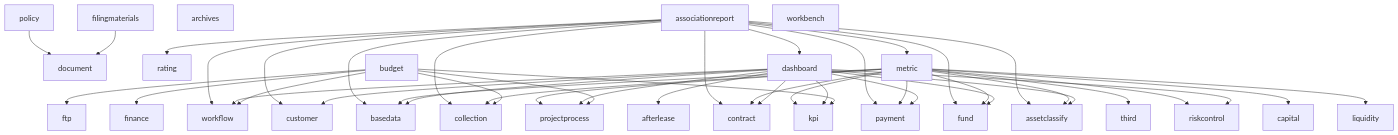
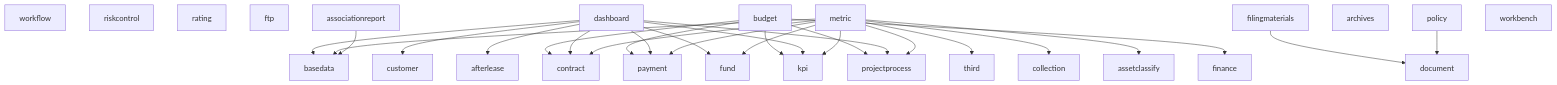
The sixth of 7 diagrams in README.md (caochun/zswl-mithras), drawn with Mermaid before and after one commit. The commit also changed other lines of this file and 1417 other files, not shown here.

````diff
--- a/README.md
+++ b/README.md
@@ -426,73 +395,56 @@
 ```mermaid
 flowchart TD
     document[document]
     workflow[workflow]
     basedata[basedata]
     customer[customer]
     project[projectprocess]
     contract[contract]
     payment[payment]
     collection[collection]
     fund[fund]
     asset[assetclassify]
     risk[riskcontrol]
     rating[rating]
     ftp[ftp]
     finance[finance]
     kpi[kpi]
     dashboard[dashboard]
     metric[metric]
     budget[budget]
     association[associationreport]
     filing[filingmaterials]
     archives[archives]
     policy[policy]
     workbench[workbench]
 
     filing --> document
     policy --> document
 
     budget --> project
-    budget --> ftp
     budget --> kpi
     budget --> finance
-    budget --> collection
-    budget --> workflow
+    budget --> contract
+    budget --> payment
 
     dashboard --> basedata
     dashboard --> customer
-    dashboard --> risk
-    dashboard --> asset
     dashboard --> afterlease
     dashboard --> contract
     dashboard --> payment
     dashboard --> fund
     dashboard --> kpi
     dashboard --> project
-    dashboard --> workflow
 
     metric --> third
     metric --> basedata
     metric --> project
     metric --> contract
     metric --> fund
-    metric --> capital
-    metric --> liquidity
     metric --> kpi
     metric --> payment
     metric --> collection
     metric --> asset
-    metric --> risk
 
-    association --> workflow
-    association --> rating
     association --> basedata
-    association --> customer
-    association --> contract
-    association --> payment
-    association --> collection
-    association --> asset
-    association --> fund
-    association --> dashboard
-    association --> metric
 ```
````
